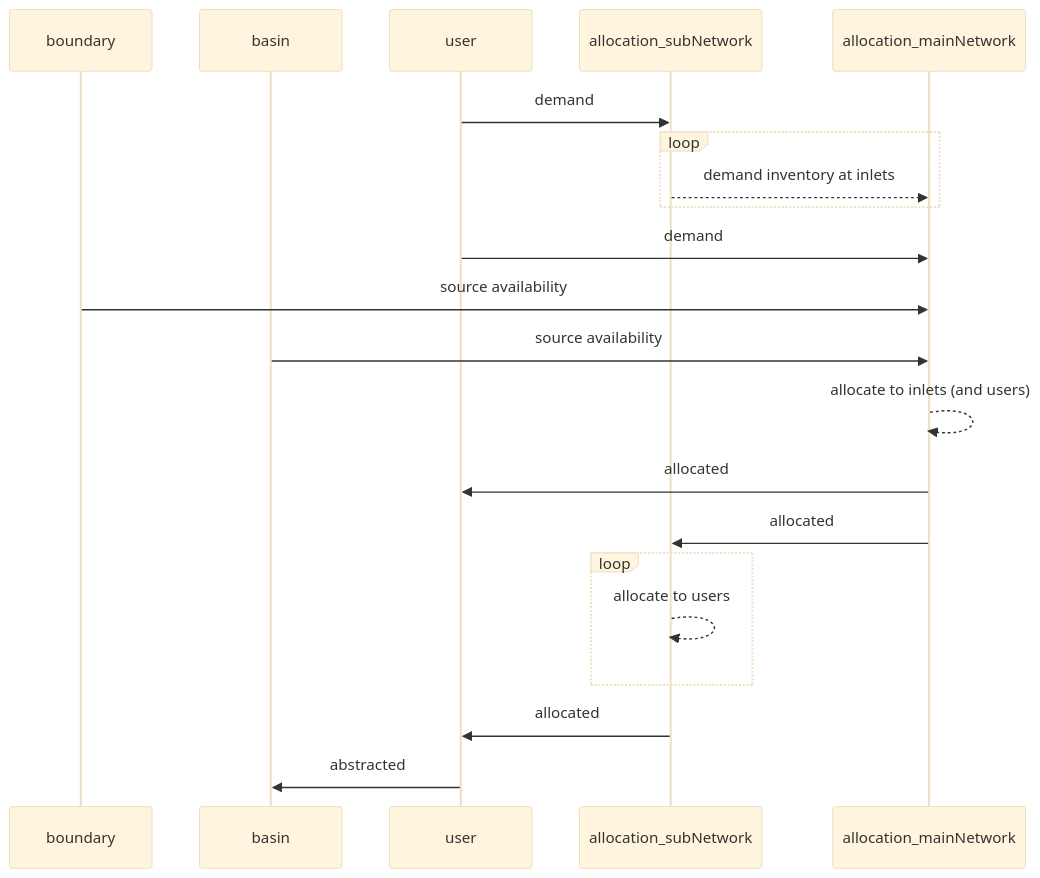
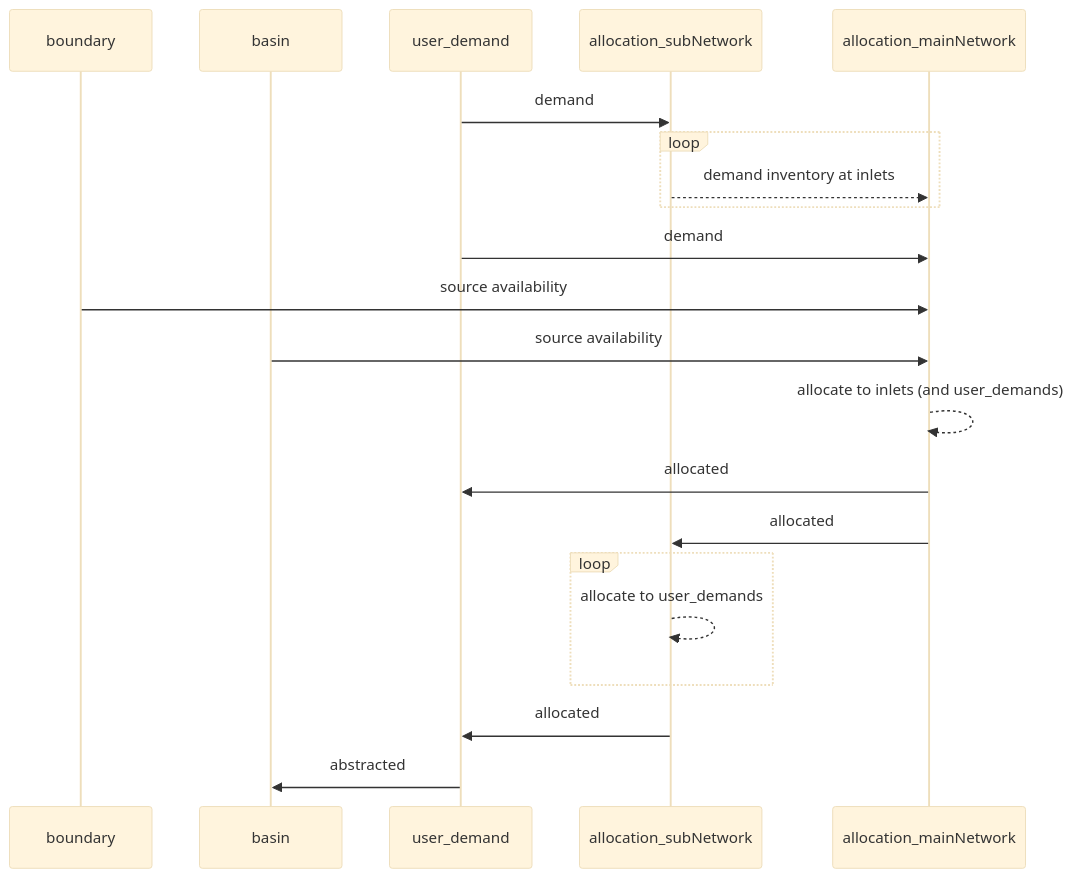
The second of 2 diagrams in docs/core/index.qmd (Deltares/Ribasim), drawn with Mermaid (base theme) before and after one commit. The commit also changed other lines of this file and 21 other files, not shown here.

Commit message:
Change user to user_demand with manual review

````diff
--- a/docs/core/index.qmd
+++ b/docs/core/index.qmd
@@ -98,24 +98,24 @@
 ```{mermaid}
 sequenceDiagram
 participant boundary
 participant basin
-participant user
+participant user_demand
 participant allocation_subNetwork
 participant allocation_mainNetwork
 
-user->>allocation_subNetwork: demand
+user_demand->>allocation_subNetwork: demand
 loop
    allocation_subNetwork-->>allocation_mainNetwork: demand inventory at inlets
 end
-user->>allocation_mainNetwork: demand
+user_demand->>allocation_mainNetwork: demand
 boundary->>allocation_mainNetwork: source availability
 basin->>allocation_mainNetwork: source availability
-allocation_mainNetwork-->>allocation_mainNetwork: allocate to inlets (and users)
-allocation_mainNetwork->>user: allocated
+allocation_mainNetwork-->>allocation_mainNetwork: allocate to inlets (and user_demands)
+allocation_mainNetwork->>user_demand: allocated
 allocation_mainNetwork->>allocation_subNetwork: allocated
 loop
-   allocation_subNetwork-->>allocation_subNetwork: allocate to users
+   allocation_subNetwork-->>allocation_subNetwork: allocate to user_demands
 end
-allocation_subNetwork->>user: allocated
-user->>basin: abstracted
+allocation_subNetwork->>user_demand: allocated
+user_demand->>basin: abstracted
 ```
````
